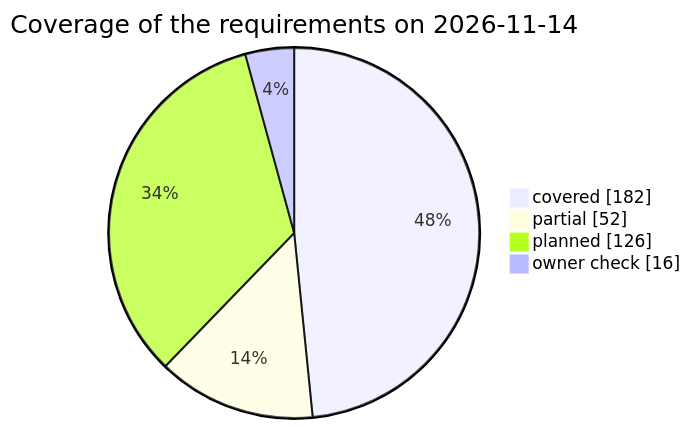
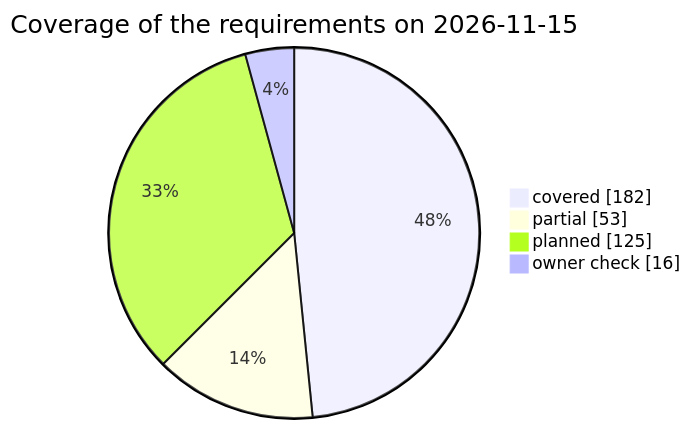
Before and after one commit to qa-io-vn/fnb-manager: the third of 3 diagrams in docs/test-plan.md, drawn with Mermaid. The commit also changed other lines of this file and 38 other files, not shown here.

````diff
--- a/docs/test-plan.md
+++ b/docs/test-plan.md
@@ -836,8 +836,8 @@
 ```mermaid
 pie showData
-    title Coverage of the requirements on 2026-11-14
+    title Coverage of the requirements on 2026-11-15
     "covered" : 182
-    "partial" : 52
-    "planned" : 126
+    "partial" : 53
+    "planned" : 125
     "owner check" : 16
 ```
````
